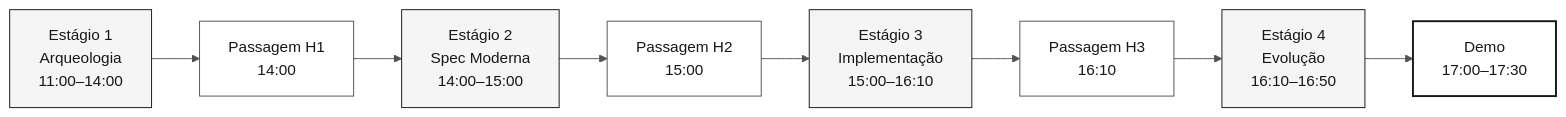
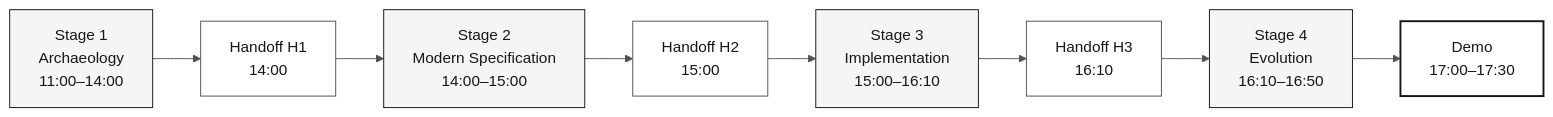
One commit to paulasilvatech/datacorp-mm-team-kit changed the diagram in docs/sdlc-flow-guide.md. Above: the diagram before and after it, drawn with Mermaid. The commit also changed other lines of this file and 163 other files, not shown here.

````diff
--- a/docs/sdlc-flow-guide.md
+++ b/docs/sdlc-flow-guide.md
@@ -19,18 +19,18 @@
 ```mermaid
 %%{init: {'theme':'neutral','themeVariables':{'fontFamily':'ui-sans-serif, system-ui, sans-serif','primaryColor':'#F5F5F5','primaryTextColor':'#171717','primaryBorderColor':'#171717','lineColor':'#525252','secondaryColor':'#FFFFFF','tertiaryColor':'#FAFAFA','background':'#FFFFFF'}}}%%
 flowchart LR
     classDef step fill:#F5F5F5,stroke:#171717,color:#171717
     classDef hand fill:#FFFFFF,stroke:#525252,color:#171717
     classDef result fill:#FFFFFF,stroke:#171717,color:#171717,stroke-width:2px
 
-    E1["Estágio 1<br/>Arqueologia<br/>11:00–14:00"]:::step
-    H1["Passagem H1<br/>14:00"]:::hand
-    E2["Estágio 2<br/>Spec Moderna<br/>14:00–15:00"]:::step
-    H2["Passagem H2<br/>15:00"]:::hand
-    E3["Estágio 3<br/>Implementação<br/>15:00–16:10"]:::step
-    H3["Passagem H3<br/>16:10"]:::hand
-    E4["Estágio 4<br/>Evolução<br/>16:10–16:50"]:::step
+    E1["Stage 1<br/>Archaeology<br/>11:00–14:00"]:::step
+    H1["Handoff H1<br/>14:00"]:::hand
+    E2["Stage 2<br/>Modern Specification<br/>14:00–15:00"]:::step
+    H2["Handoff H2<br/>15:00"]:::hand
+    E3["Stage 3<br/>Implementation<br/>15:00–16:10"]:::step
+    H3["Handoff H3<br/>16:10"]:::hand
+    E4["Stage 4<br/>Evolution<br/>16:10–16:50"]:::step
     DEMO["Demo<br/>17:00–17:30"]:::result
 
     E1 --> H1 --> E2 --> H2 --> E3 --> H3 --> E4 --> DEMO
 ```
````
